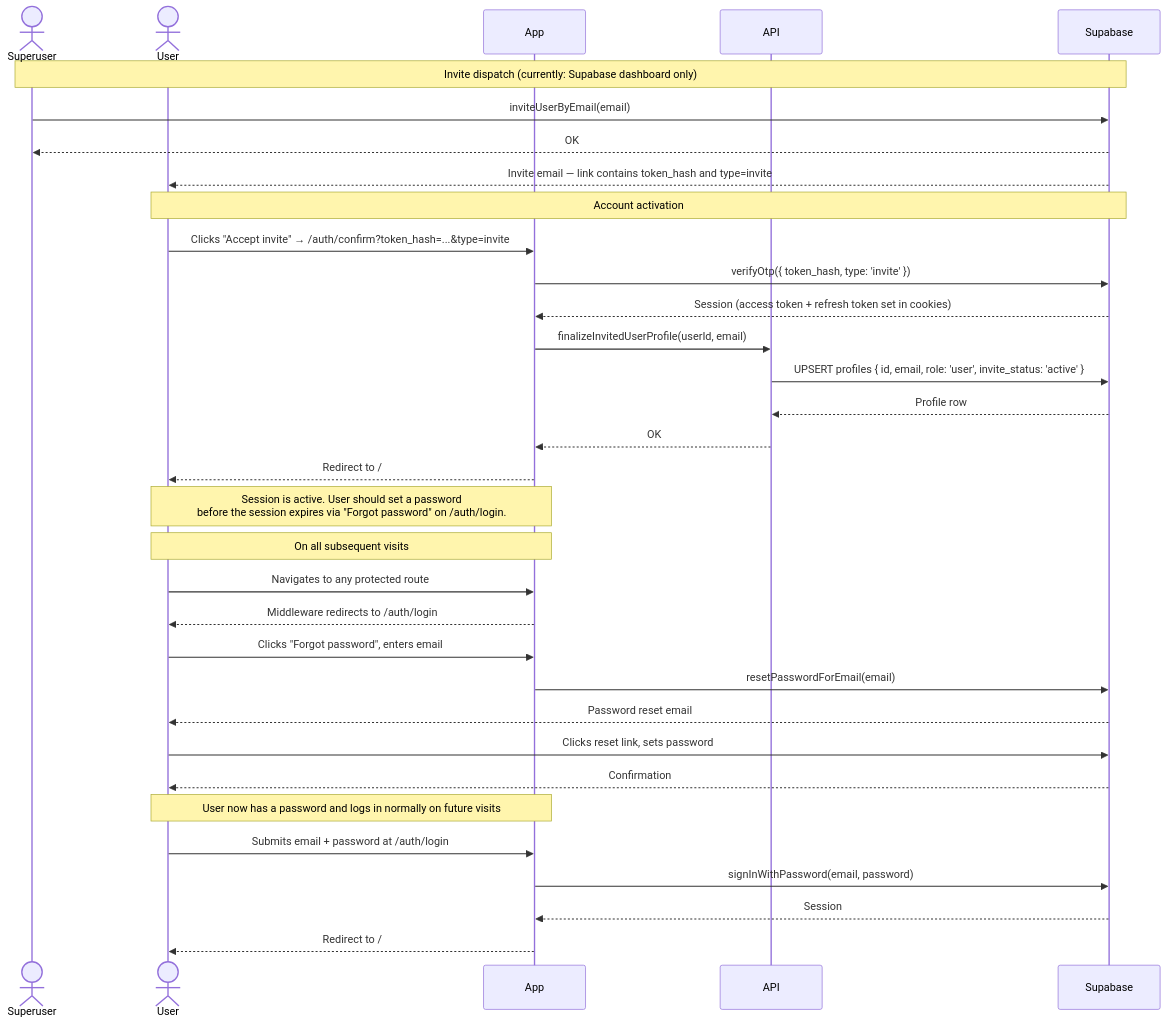
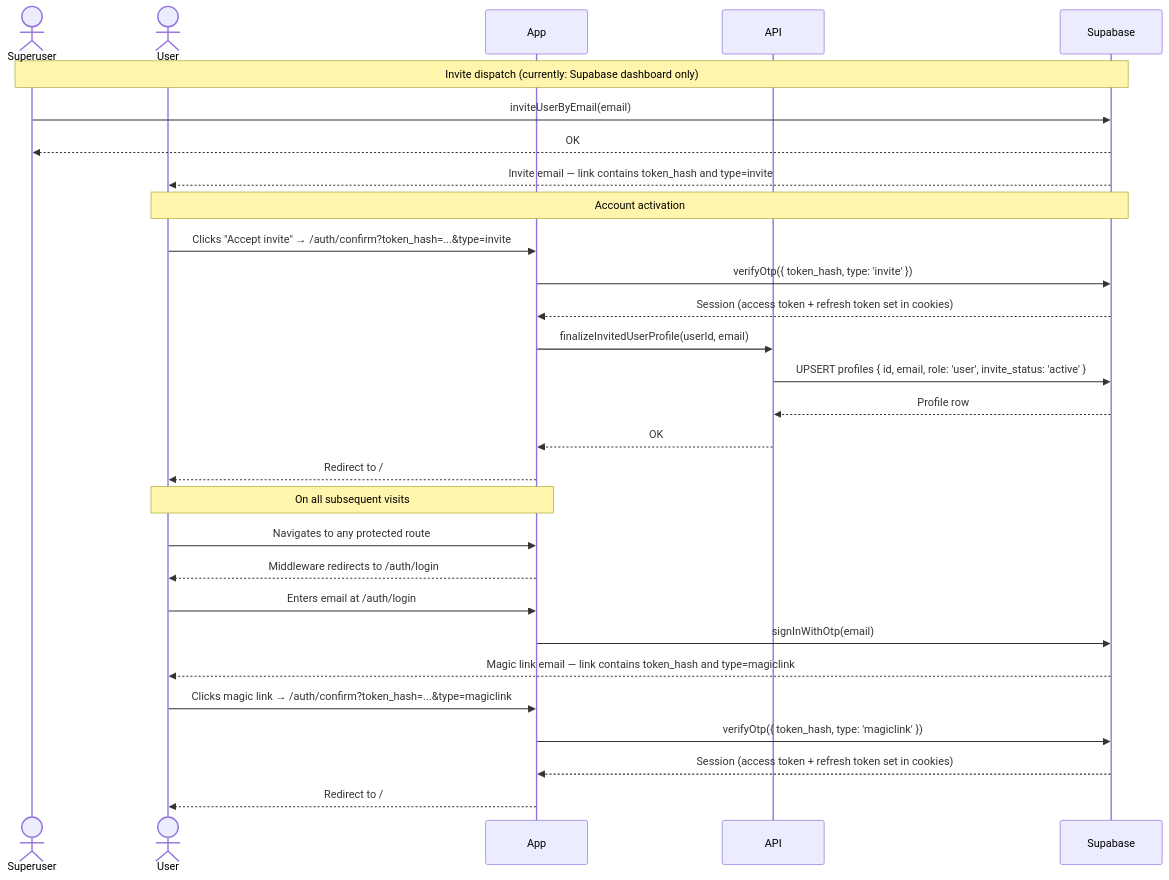
One commit to quzle/climbing-coach changed the diagram in docs/ux/00-account-creation.md. Above: the diagram before and after it, drawn with Mermaid. The commit also changed other lines of this file and 1 other file, not shown here.

First line of the commit message:
docs: replace AUTH-9 with magic link login; update account creation flow

````diff
--- a/docs/ux/00-account-creation.md
+++ b/docs/ux/00-account-creation.md
@@ -37,40 +35,36 @@
 ```mermaid
 sequenceDiagram
     actor Superuser
     actor User
     participant App
     participant API
     participant Supabase
 
     Note over Superuser,Supabase: Invite dispatch (currently: Supabase dashboard only)
     Superuser->>Supabase: inviteUserByEmail(email)
     Supabase-->>Superuser: OK
     Supabase-->>User: Invite email — link contains token_hash and type=invite
 
     Note over User,Supabase: Account activation
     User->>App: Clicks "Accept invite" → /auth/confirm?token_hash=...&type=invite
     App->>Supabase: verifyOtp({ token_hash, type: 'invite' })
     Supabase-->>App: Session (access token + refresh token set in cookies)
 
     App->>API: finalizeInvitedUserProfile(userId, email)
     API->>Supabase: UPSERT profiles { id, email, role: 'user', invite_status: 'active' }
     Supabase-->>API: Profile row
     API-->>App: OK
 
     App-->>User: Redirect to /
-    Note over User,App: Session is active. User should set a password<br/>before the session expires via "Forgot password" on /auth/login.
 
     Note over User,App: On all subsequent visits
     User->>App: Navigates to any protected route
     App-->>User: Middleware redirects to /auth/login
-    User->>App: Clicks "Forgot password", enters email
-    App->>Supabase: resetPasswordForEmail(email)
-    Supabase-->>User: Password reset email
-    User->>Supabase: Clicks reset link, sets password
-    Supabase-->>User: Confirmation
-    Note over User,App: User now has a password and logs in normally on future visits
-    User->>App: Submits email + password at /auth/login
-    App->>Supabase: signInWithPassword(email, password)
-    Supabase-->>App: Session
+    User->>App: Enters email at /auth/login
+    App->>Supabase: signInWithOtp(email)
+    Supabase-->>User: Magic link email — link contains token_hash and type=magiclink
+    User->>App: Clicks magic link → /auth/confirm?token_hash=...&type=magiclink
+    App->>Supabase: verifyOtp({ token_hash, type: 'magiclink' })
+    Supabase-->>App: Session (access token + refresh token set in cookies)
     App-->>User: Redirect to /
 ```
````
